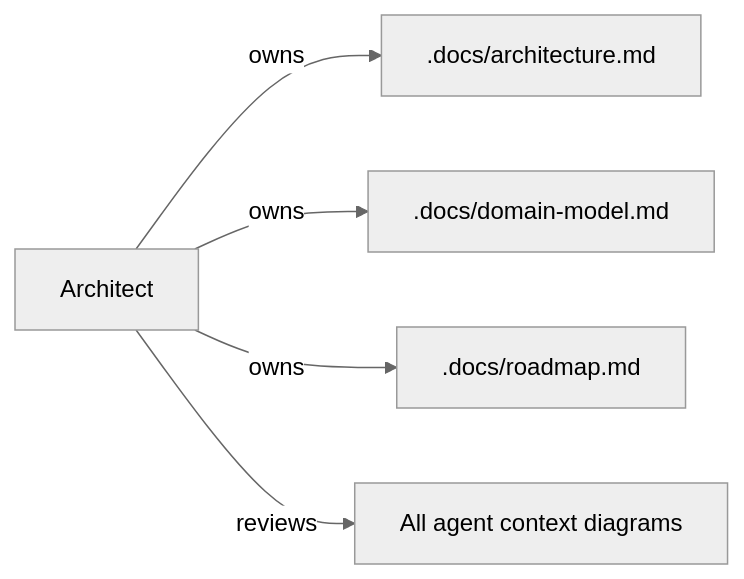
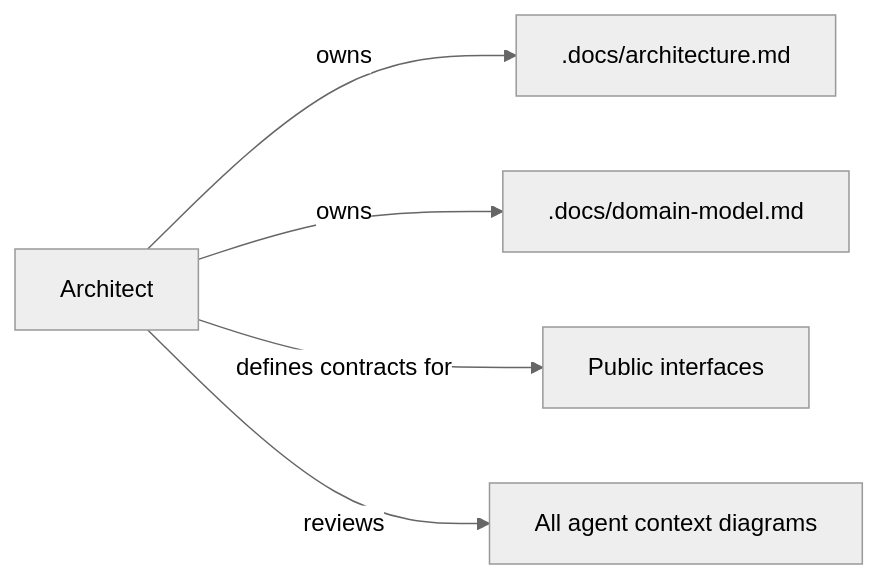
Before and after one commit to adammarquette/RecipeIQ: the diagram in .org/architect/CLAUDE.md, drawn with Mermaid (neutral theme). The commit also changed other lines of this file and 83 other files, not shown here.

````diff
--- a/.org/architect/CLAUDE.md
+++ b/.org/architect/CLAUDE.md
@@ -47,7 +59,7 @@
 ```mermaid
 graph LR
     A[Architect] -->|owns| B[.docs/architecture.md]
     A -->|owns| C[.docs/domain-model.md]
-    A -->|owns| D[.docs/roadmap.md]
+    A -->|defines contracts for| D[Public interfaces]
     A -->|reviews| E[All agent context diagrams]
 ```
````
